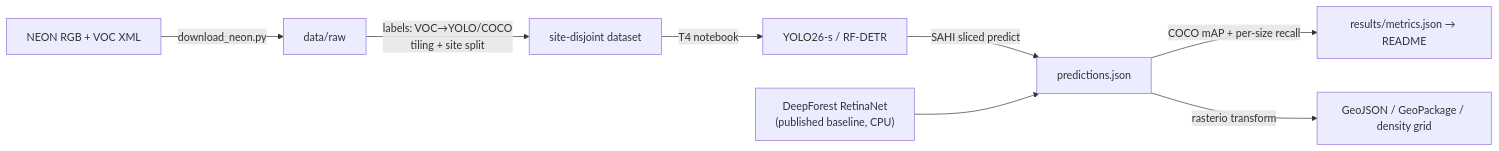
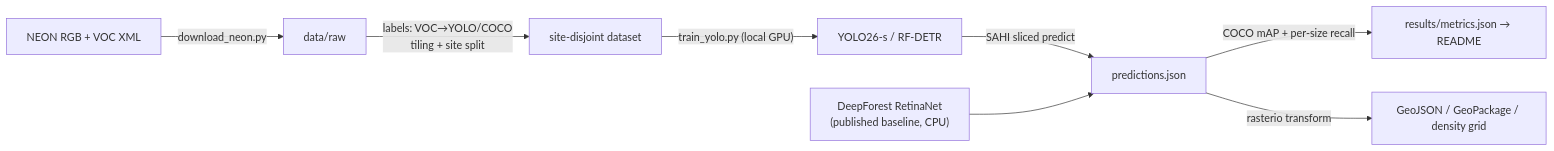
Before and after one commit to tarpous/urban-canopy-detection: the diagram in README.md, drawn with Mermaid. The commit also changed other lines of this file and 3 other files, not shown here.

Commit message:
feat: real local-GPU results — YOLO26/YOLO11 vs DeepForest baseline on held-out sites

````diff
--- a/README.md
+++ b/README.md
@@ -52,10 +66,10 @@
 ```mermaid
 flowchart LR
     NEON["NEON RGB + VOC XML"] -->|"download_neon.py"| RAW["data/raw"]
     RAW -->|"labels: VOC→YOLO/COCO<br/>tiling + site split"| DS["site-disjoint dataset"]
-    DS -->|"T4 notebook"| M["YOLO26-s / RF-DETR"]
+    DS -->|"train_yolo.py (local GPU)"| M["YOLO26-s / RF-DETR"]
     M -->|"SAHI sliced predict"| P["predictions.json"]
     DF["DeepForest RetinaNet<br/>(published baseline, CPU)"] --> P
     P -->|"COCO mAP + per-size recall"| RES["results/metrics.json → README"]
     P -->|"rasterio transform"| GEO["GeoJSON / GeoPackage / density grid"]
 ```
````
